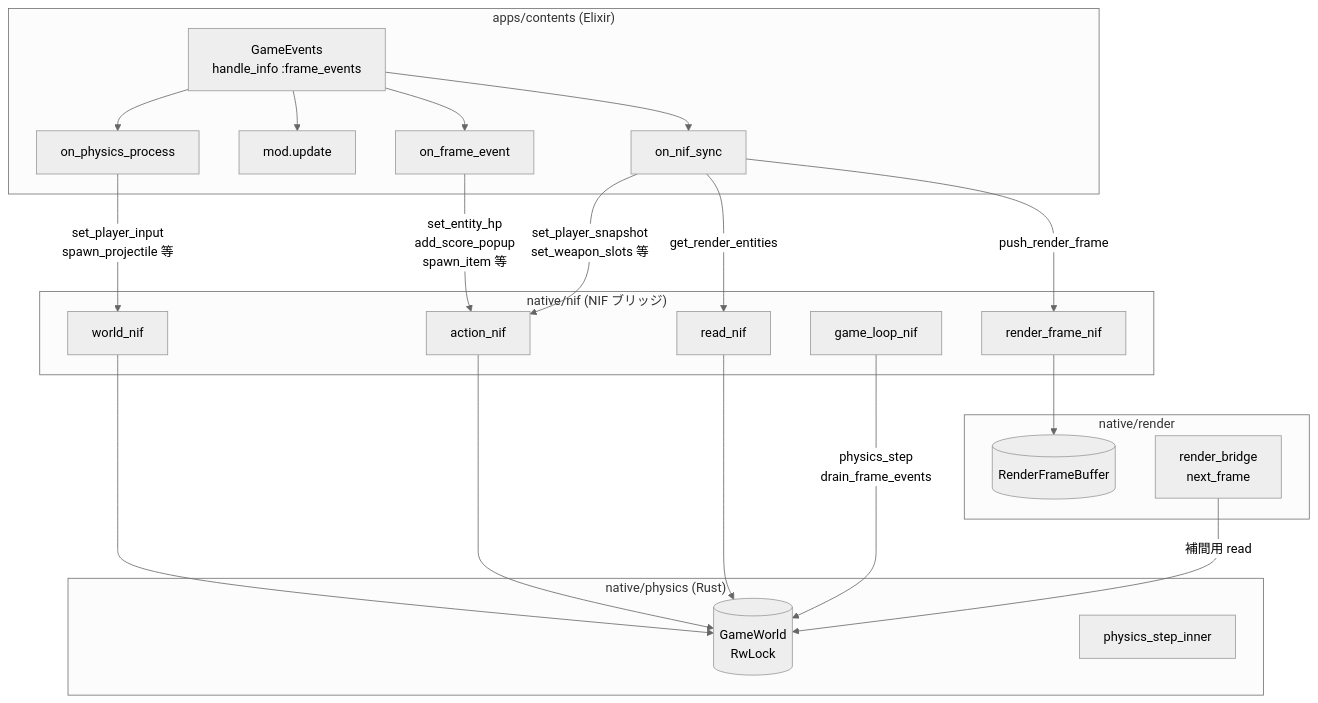
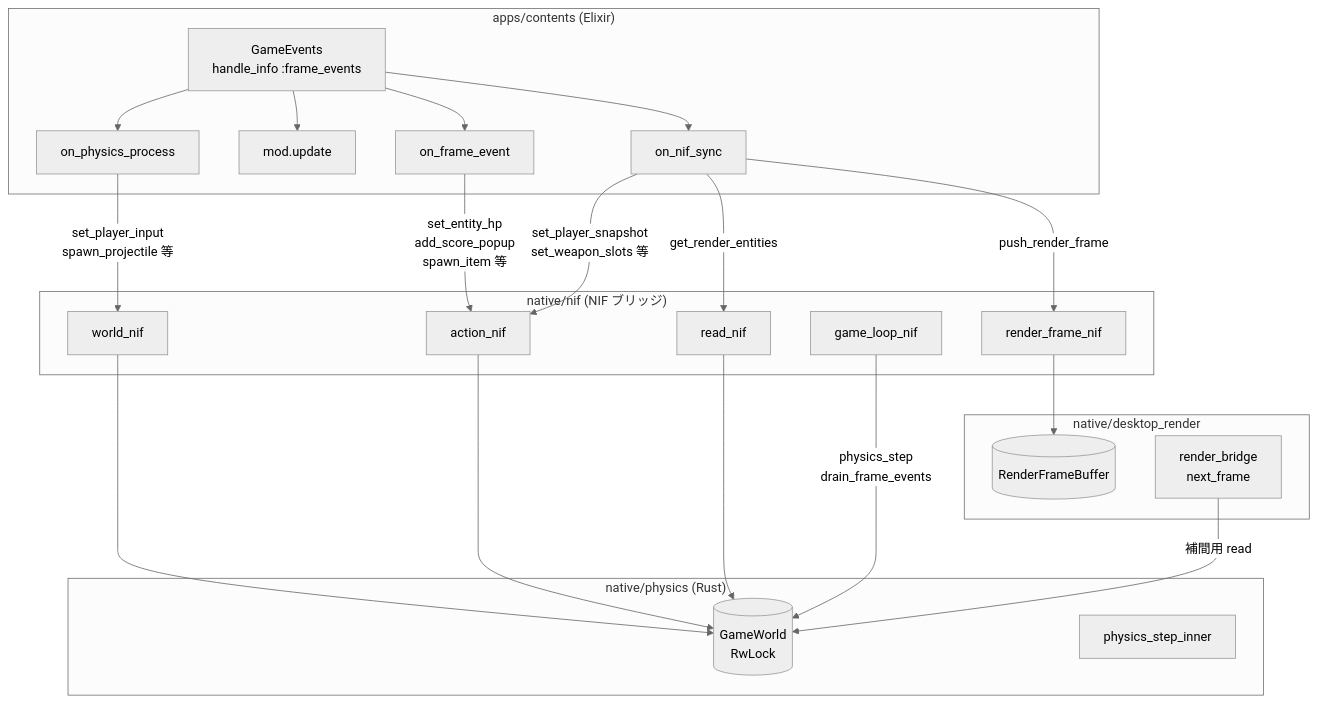
Before and after one commit to FRICK-ELDY/alchemy-engine: the first of 7 diagrams in docs/architecture/contents-to-physics-bottlenecks.md, drawn with Mermaid (neutral theme). The commit also changed 53 other files, not shown here.

Commit message:
refactor(native): input/render を desktop_* にリネーム

````diff
--- a/docs/architecture/contents-to-physics-bottlenecks.md
+++ b/docs/architecture/contents-to-physics-bottlenecks.md
@@ -10,46 +10,46 @@
 ```mermaid
 flowchart TB
     subgraph Elixir["apps/contents (Elixir)"]
         GE[GameEvents<br/>handle_info :frame_events]
         FE[on_frame_event]
         UP[mod.update]
         PP[on_physics_process]
         NS[on_nif_sync]
         
         GE --> FE
         GE --> UP
         GE --> PP
         GE --> NS
     end
     
     subgraph NIF["native/nif (NIF ブリッジ)"]
         WN[world_nif]
         AN[action_nif]
         RN[read_nif]
         RFN[render_frame_nif]
         GL[game_loop_nif]
     end
     
     subgraph Physics["native/physics (Rust)"]
         GW[(GameWorld<br/>RwLock)]
         PS[physics_step_inner]
     end
     
-    subgraph Render["native/render"]
+    subgraph Render["native/desktop_render"]
         RFB[(RenderFrameBuffer)]
         RB[render_bridge<br/>next_frame]
     end
     
     FE --> |set_entity_hp<br/>add_score_popup<br/>spawn_item 等| AN
     PP --> |set_player_input<br/>spawn_projectile 等| WN
     NS --> |set_player_snapshot<br/>set_weapon_slots 等| AN
     NS --> |get_render_entities| RN
     NS --> |push_render_frame| RFN
     
     WN --> GW
     AN --> GW
     RN --> GW
     GL --> |physics_step<br/>drain_frame_events| GW
     RFN --> RFB
     RB --> |補間用 read| GW
 ```
````
